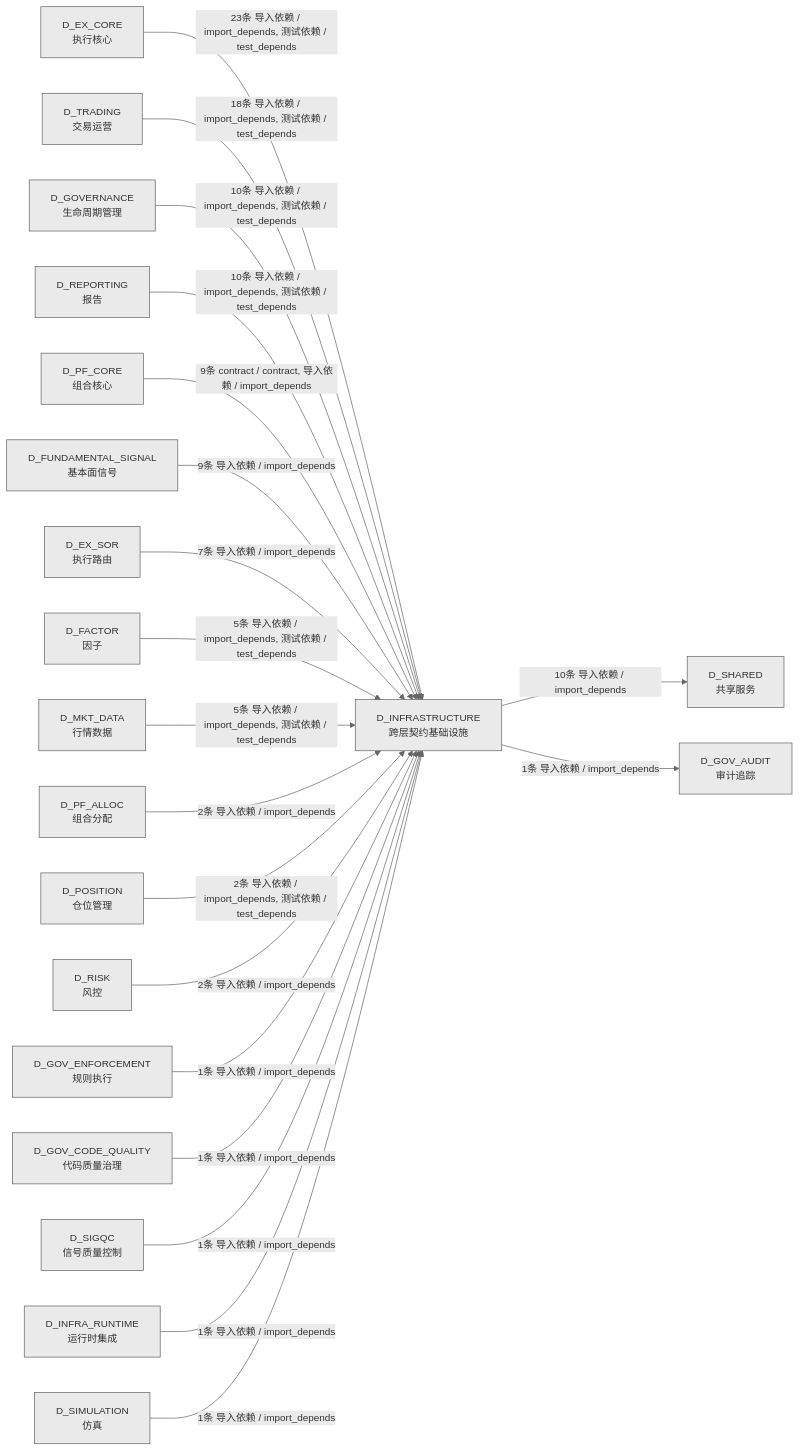
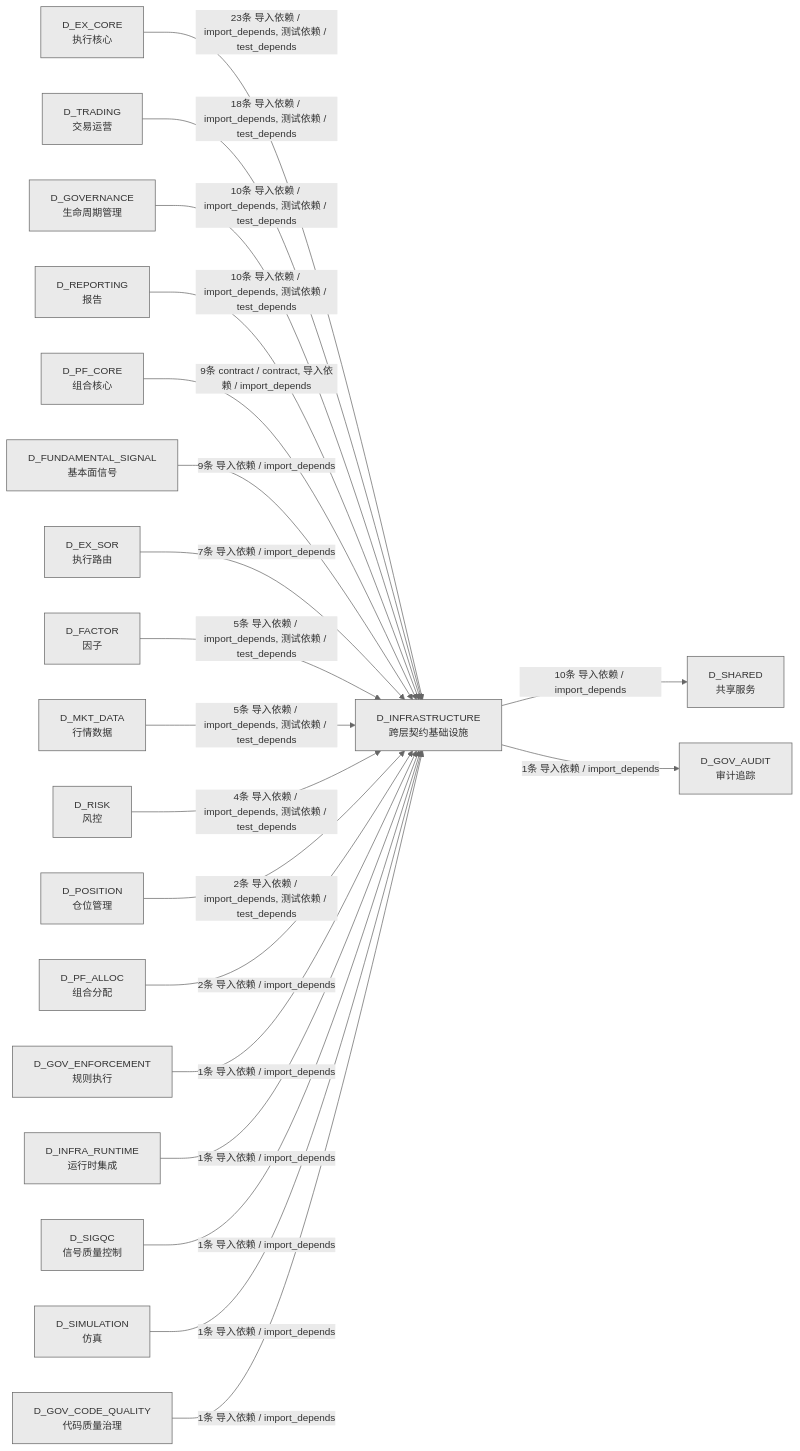
One commit to xuanFelixVan/ZephyrAlpha changed the third of 3 diagrams in docs/02_enterprise_architecture/02_domain_architecture_docs/02_d_infrastructure.md. Above: the diagram before and after it, drawn with Mermaid. The commit also changed other lines of this file and 45 other files, not shown here.

````diff
--- a/docs/02_enterprise_architecture/02_domain_architecture_docs/02_d_infrastructure.md
+++ b/docs/02_enterprise_architecture/02_domain_architecture_docs/02_d_infrastructure.md
@@ -357,43 +360,43 @@
 ```mermaid
 %%{init: {'theme': 'base', 'themeVariables': {'primaryColor': '#eaeaea', 'primaryTextColor': '#333333', 'primaryBorderColor': '#666666', 'lineColor': '#666666', 'secondaryColor': '#eaeaea', 'tertiaryColor': '#eaeaea', 'fontSize': '14px'}}}%%
 graph LR
     D_INFRASTRUCTURE["D_INFRASTRUCTURE<br/>跨层契约基础设施"]
     D_SHARED["D_SHARED<br/>共享服务"]
     D_GOV_AUDIT["D_GOV_AUDIT<br/>审计追踪"]
     D_EX_CORE["D_EX_CORE<br/>执行核心"]
     D_TRADING["D_TRADING<br/>交易运营"]
     D_GOVERNANCE["D_GOVERNANCE<br/>生命周期管理"]
     D_REPORTING["D_REPORTING<br/>报告"]
     D_PF_CORE["D_PF_CORE<br/>组合核心"]
     D_FUNDAMENTAL_SIGNAL["D_FUNDAMENTAL_SIGNAL<br/>基本面信号"]
     D_EX_SOR["D_EX_SOR<br/>执行路由"]
     D_FACTOR["D_FACTOR<br/>因子"]
     D_MKT_DATA["D_MKT_DATA<br/>行情数据"]
+    D_RISK["D_RISK<br/>风控"]
+    D_POSITION["D_POSITION<br/>仓位管理"]
     D_PF_ALLOC["D_PF_ALLOC<br/>组合分配"]
-    D_POSITION["D_POSITION<br/>仓位管理"]
-    D_RISK["D_RISK<br/>风控"]
     D_GOV_ENFORCEMENT["D_GOV_ENFORCEMENT<br/>规则执行"]
+    D_INFRA_RUNTIME["D_INFRA_RUNTIME<br/>运行时集成"]
+    D_SIGQC["D_SIGQC<br/>信号质量控制"]
+    D_SIMULATION["D_SIMULATION<br/>仿真"]
     D_GOV_CODE_QUALITY["D_GOV_CODE_QUALITY<br/>代码质量治理"]
-    D_SIGQC["D_SIGQC<br/>信号质量控制"]
-    D_INFRA_RUNTIME["D_INFRA_RUNTIME<br/>运行时集成"]
-    D_SIMULATION["D_SIMULATION<br/>仿真"]
     D_INFRASTRUCTURE -->|10条 导入依赖 / import_depends| D_SHARED
     D_INFRASTRUCTURE -->|1条 导入依赖 / import_depends| D_GOV_AUDIT
     D_EX_CORE -->|23条 导入依赖 / import_depends, 测试依赖 / test_depends| D_INFRASTRUCTURE
     D_TRADING -->|18条 导入依赖 / import_depends, 测试依赖 / test_depends| D_INFRASTRUCTURE
     D_GOVERNANCE -->|10条 导入依赖 / import_depends, 测试依赖 / test_depends| D_INFRASTRUCTURE
     D_REPORTING -->|10条 导入依赖 / import_depends, 测试依赖 / test_depends| D_INFRASTRUCTURE
     D_PF_CORE -->|9条 contract / contract, 导入依赖 / import_depends| D_INFRASTRUCTURE
     D_FUNDAMENTAL_SIGNAL -->|9条 导入依赖 / import_depends| D_INFRASTRUCTURE
     D_EX_SOR -->|7条 导入依赖 / import_depends| D_INFRASTRUCTURE
     D_FACTOR -->|5条 导入依赖 / import_depends, 测试依赖 / test_depends| D_INFRASTRUCTURE
     D_MKT_DATA -->|5条 导入依赖 / import_depends, 测试依赖 / test_depends| D_INFRASTRUCTURE
+    D_RISK -->|4条 导入依赖 / import_depends, 测试依赖 / test_depends| D_INFRASTRUCTURE
+    D_POSITION -->|2条 导入依赖 / import_depends, 测试依赖 / test_depends| D_INFRASTRUCTURE
     D_PF_ALLOC -->|2条 导入依赖 / import_depends| D_INFRASTRUCTURE
-    D_POSITION -->|2条 导入依赖 / import_depends, 测试依赖 / test_depends| D_INFRASTRUCTURE
-    D_RISK -->|2条 导入依赖 / import_depends| D_INFRASTRUCTURE
     D_GOV_ENFORCEMENT -->|1条 导入依赖 / import_depends| D_INFRASTRUCTURE
+    D_INFRA_RUNTIME -->|1条 导入依赖 / import_depends| D_INFRASTRUCTURE
+    D_SIGQC -->|1条 导入依赖 / import_depends| D_INFRASTRUCTURE
+    D_SIMULATION -->|1条 导入依赖 / import_depends| D_INFRASTRUCTURE
     D_GOV_CODE_QUALITY -->|1条 导入依赖 / import_depends| D_INFRASTRUCTURE
-    D_SIGQC -->|1条 导入依赖 / import_depends| D_INFRASTRUCTURE
-    D_INFRA_RUNTIME -->|1条 导入依赖 / import_depends| D_INFRASTRUCTURE
-    D_SIMULATION -->|1条 导入依赖 / import_depends| D_INFRASTRUCTURE
 ```
````
